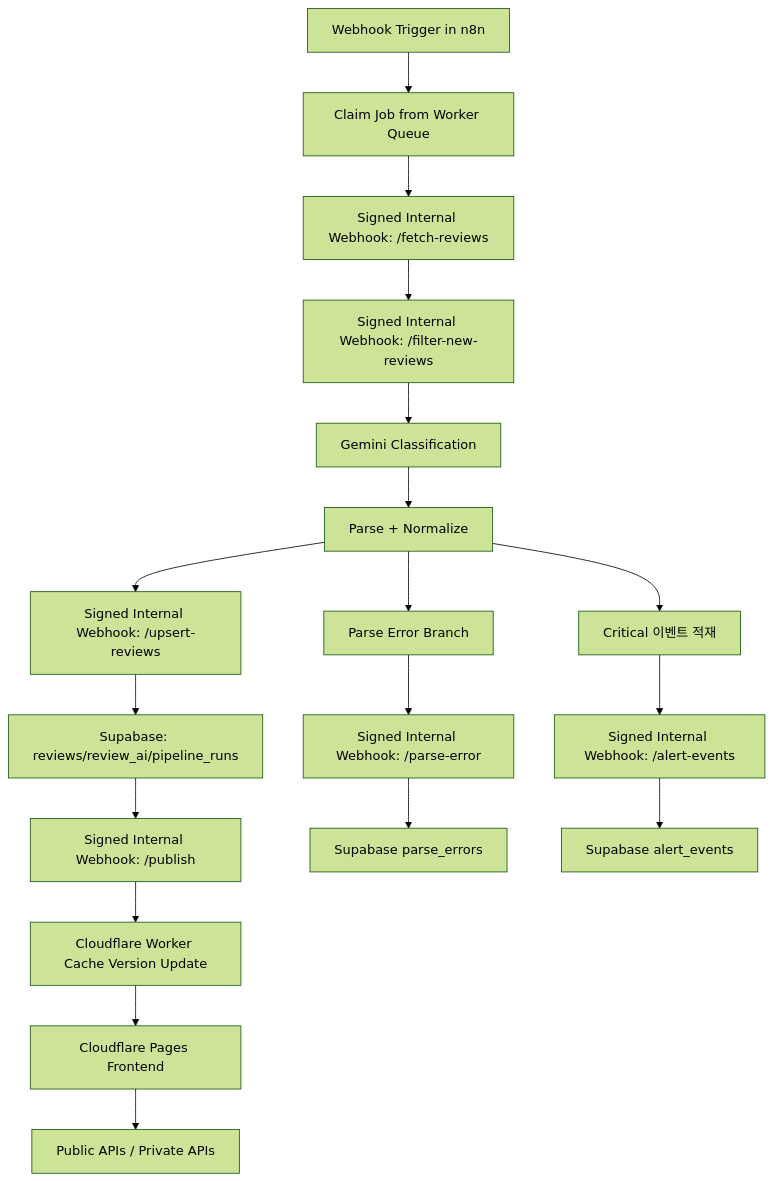
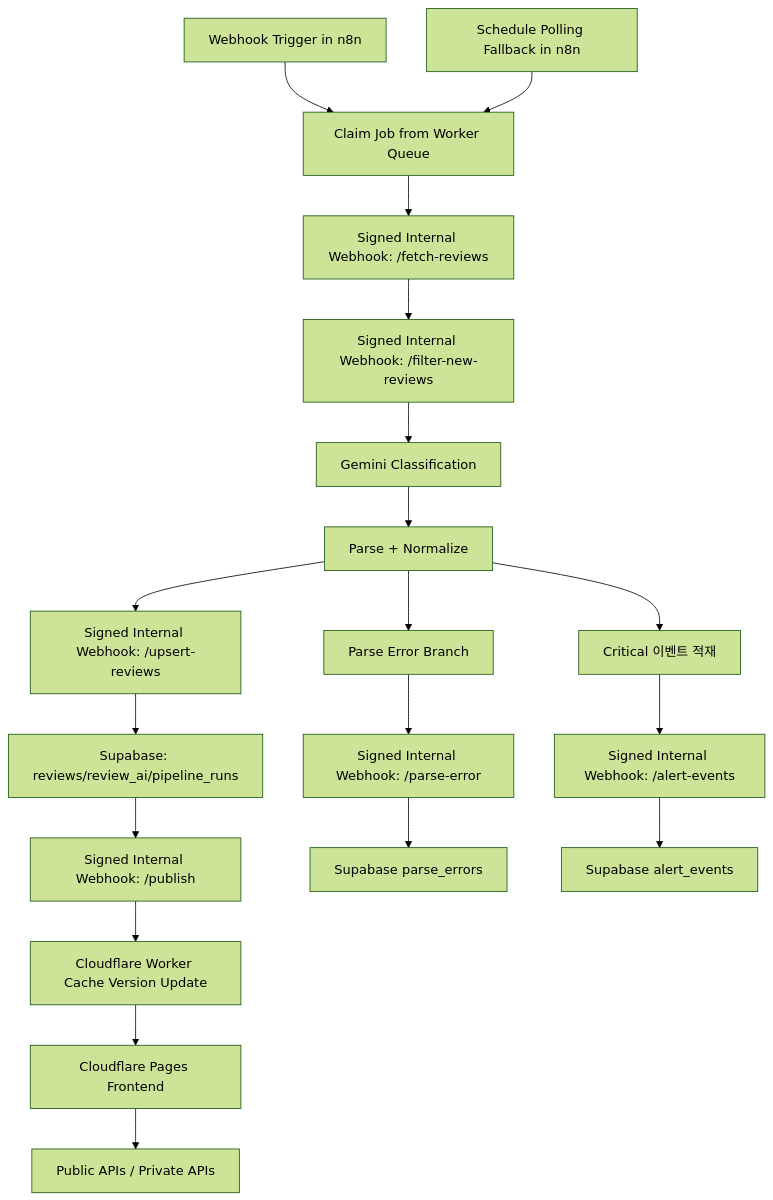
Before and after one commit to jeonsavvy/VoC-Radar: the diagram in README.md, drawn with Mermaid (forest theme). The commit also changed other lines of this file and 3 other files, not shown here.

Commit message:
feat: add local polling fallback for n8n event pipeline

````diff
--- a/README.md
+++ b/README.md
@@ -8,20 +8,21 @@
 ```mermaid
 graph TD
     A[Webhook Trigger in n8n] --> B[Claim Job from Worker Queue]
+    Z[Schedule Polling Fallback in n8n] --> B
     B --> C[Signed Internal Webhook: /fetch-reviews]
     C --> D[Signed Internal Webhook: /filter-new-reviews]
     D --> E[Gemini Classification]
     E --> F[Parse + Normalize]
     F --> G[Signed Internal Webhook: /upsert-reviews]
     G --> H[Supabase: reviews/review_ai/pipeline_runs]
     H --> I[Signed Internal Webhook: /publish]
     I --> J[Cloudflare Worker Cache Version Update]
     J --> K[Cloudflare Pages Frontend]
     K --> L[Public APIs / Private APIs]
     F --> M[Parse Error Branch]
     M --> N[Signed Internal Webhook: /parse-error]
     N --> O[Supabase parse_errors]
     F --> P[Critical 이벤트 적재]
     P --> Q[Signed Internal Webhook: /alert-events]
     Q --> R[Supabase alert_events]
 ```
````
